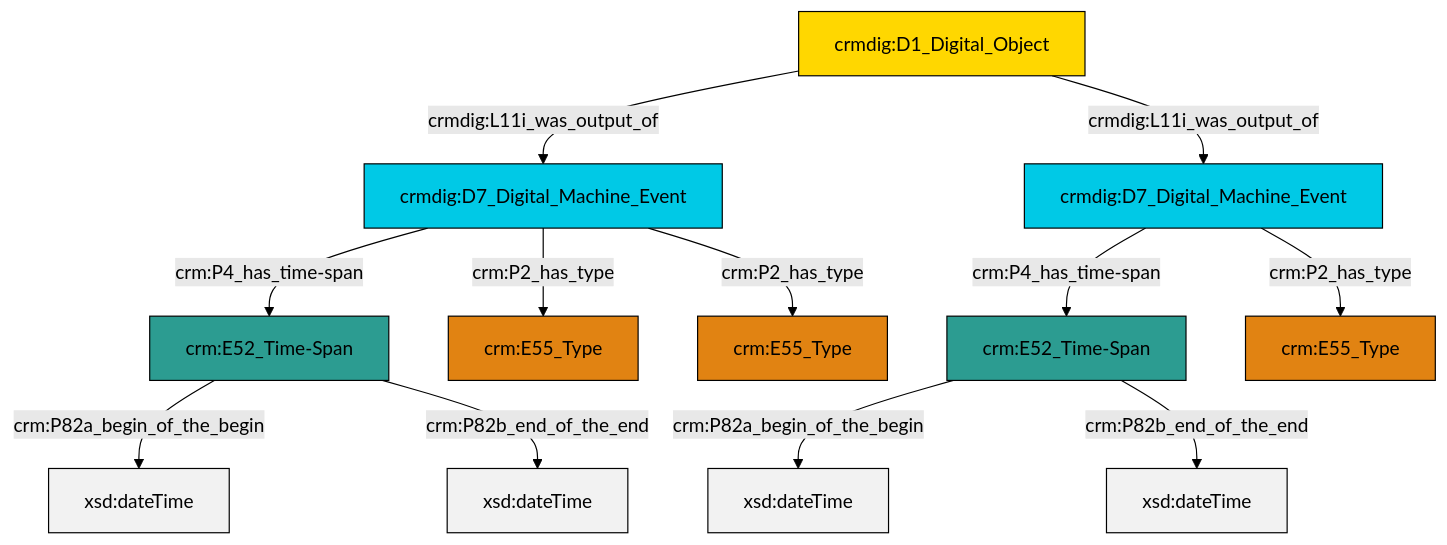
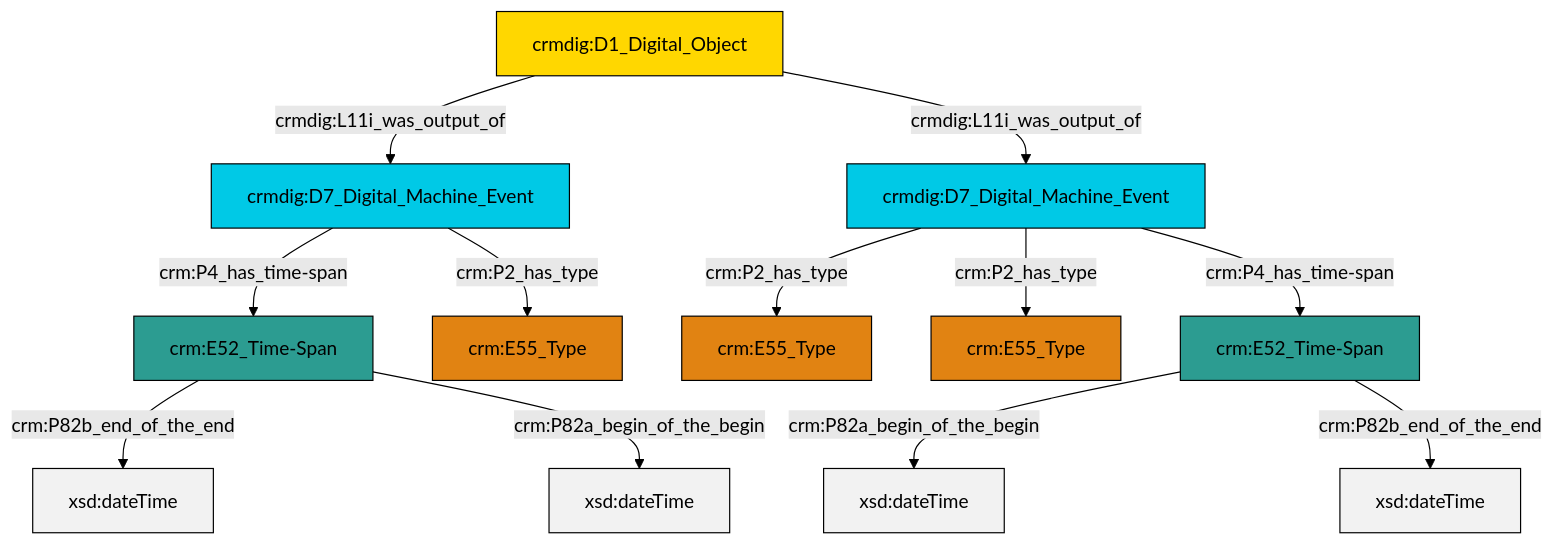
One commit to swiss-art-research-net/reference-data-models changed the diagram in et/doCSV/ttl/mmd/do_existence.ttl.mmd. Above: the diagram before and after it, drawn with Mermaid (forest theme). The commit also changed 150 other files, not shown here.

```diff
--- a/et/doCSV/ttl/mmd/do_existence.ttl.mmd
+++ b/et/doCSV/ttl/mmd/do_existence.ttl.mmd
@@ -1,26 +1,26 @@
 graph TD
 classDef Literal fill:#f2f2f2,stroke:#000000;
 classDef CRM_Entity fill:#FFFFFF,stroke:#000000;
 classDef Temporal_Entity fill:#00C9E6, stroke:#000000;
 classDef Type fill:#E18312, stroke:#000000;
 classDef Time-Span fill:#2C9C91, stroke:#000000;
 classDef Appellation fill:#FFEB7F, stroke:#000000;
 classDef Place fill:#008836, stroke:#000000;
 classDef Persistent_Item fill:#B266B2, stroke:#000000;
 classDef Conceptual_Object fill:#FFD700, stroke:#000000;
 classDef Physical_Thing fill:#D2B48C, stroke:#000000;
 classDef Actor fill:#f58aad, stroke:#000000;
 classDef PC_Classes fill:#4ce600, stroke:#000000;
 classDef Multi fill:#cccccc,stroke:#000000;
 
-0["crm:E52_Time-Span"]:::Time-Span -->|crm:P82a_begin_of_the_begin| 1[xsd:dateTime]:::Literal
-2["crmdig:D7_Digital_Machine_Event"]:::Temporal_Entity -->|crm:P4_has_time-span| 3["crm:E52_Time-Span"]:::Time-Span
-0["crm:E52_Time-Span"]:::Time-Span -->|crm:P82b_end_of_the_end| 8[xsd:dateTime]:::Literal
-9["crmdig:D1_Digital_Object"]:::Conceptual_Object -->|crmdig:L11i_was_output_of| 6["crmdig:D7_Digital_Machine_Event"]:::Temporal_Entity
-6["crmdig:D7_Digital_Machine_Event"]:::Temporal_Entity -->|crm:P4_has_time-span| 0["crm:E52_Time-Span"]:::Time-Span
-3["crm:E52_Time-Span"]:::Time-Span -->|crm:P82a_begin_of_the_begin| 10[xsd:dateTime]:::Literal
-2["crmdig:D7_Digital_Machine_Event"]:::Temporal_Entity -->|crm:P2_has_type| 11["crm:E55_Type"]:::Type
-6["crmdig:D7_Digital_Machine_Event"]:::Temporal_Entity -->|crm:P2_has_type| 4["crm:E55_Type"]:::Type
-6["crmdig:D7_Digital_Machine_Event"]:::Temporal_Entity -->|crm:P2_has_type| 12["crm:E55_Type"]:::Type
-9["crmdig:D1_Digital_Object"]:::Conceptual_Object -->|crmdig:L11i_was_output_of| 2["crmdig:D7_Digital_Machine_Event"]:::Temporal_Entity
-3["crm:E52_Time-Span"]:::Time-Span -->|crm:P82b_end_of_the_end| 16[xsd:dateTime]:::Literal
+8["crmdig:D7_Digital_Machine_Event"]:::Temporal_Entity -->|crm:P4_has_time-span| 10["crm:E52_Time-Span"]:::Time-Span
+4["crmdig:D1_Digital_Object"]:::Conceptual_Object -->|crmdig:L11i_was_output_of| 8["crmdig:D7_Digital_Machine_Event"]:::Temporal_Entity
+4["crmdig:D1_Digital_Object"]:::Conceptual_Object -->|crmdig:L11i_was_output_of| 6["crmdig:D7_Digital_Machine_Event"]:::Temporal_Entity
+10["crm:E52_Time-Span"]:::Time-Span -->|crm:P82b_end_of_the_end| 13[xsd:dateTime]:::Literal
+10["crm:E52_Time-Span"]:::Time-Span -->|crm:P82a_begin_of_the_begin| 14[xsd:dateTime]:::Literal
+8["crmdig:D7_Digital_Machine_Event"]:::Temporal_Entity -->|crm:P2_has_type| 0["crm:E55_Type"]:::Type
+6["crmdig:D7_Digital_Machine_Event"]:::Temporal_Entity -->|crm:P2_has_type| 2["crm:E55_Type"]:::Type
+6["crmdig:D7_Digital_Machine_Event"]:::Temporal_Entity -->|crm:P2_has_type| 15["crm:E55_Type"]:::Type
+19["crm:E52_Time-Span"]:::Time-Span -->|crm:P82a_begin_of_the_begin| 20[xsd:dateTime]:::Literal
+6["crmdig:D7_Digital_Machine_Event"]:::Temporal_Entity -->|crm:P4_has_time-span| 19["crm:E52_Time-Span"]:::Time-Span
+19["crm:E52_Time-Span"]:::Time-Span -->|crm:P82b_end_of_the_end| 21[xsd:dateTime]:::Literal
```
